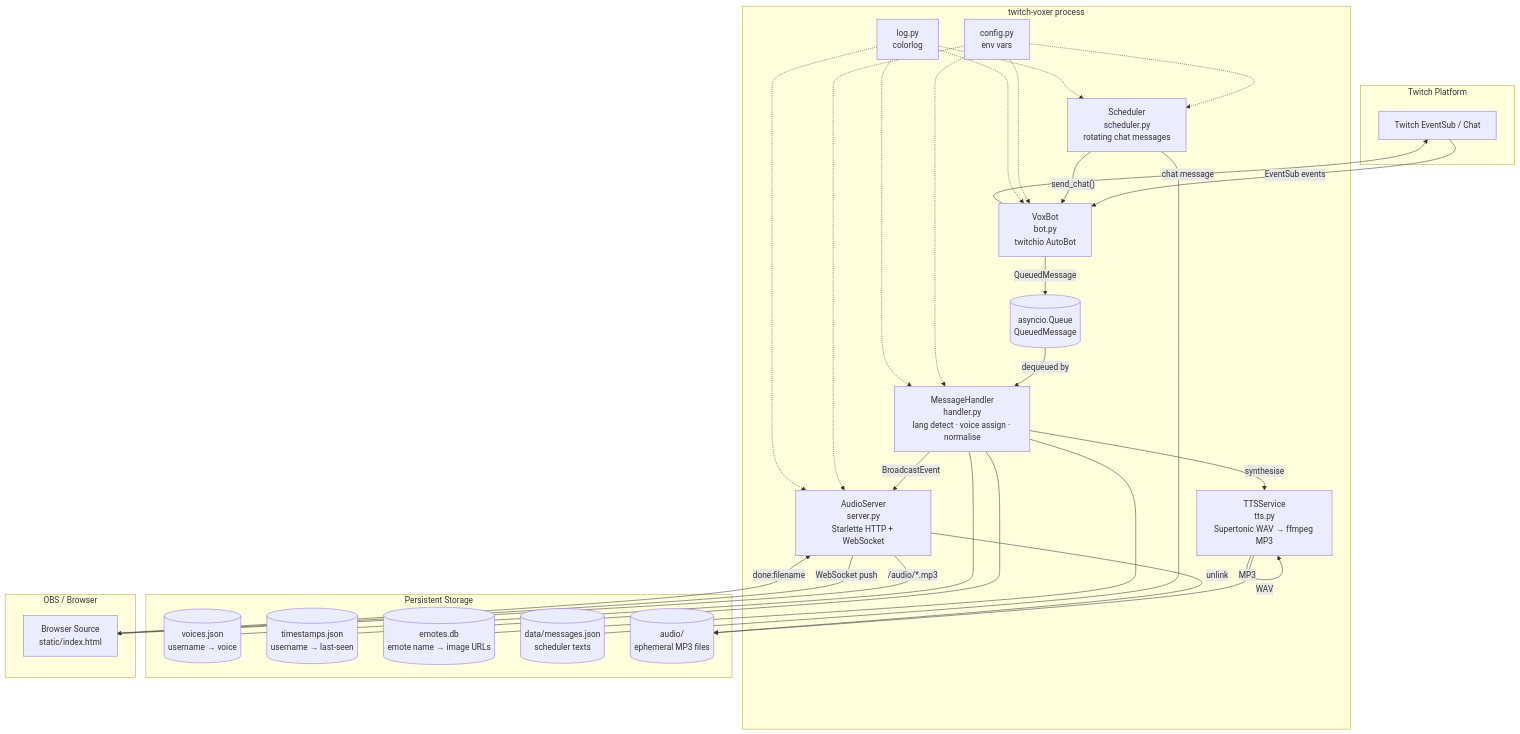
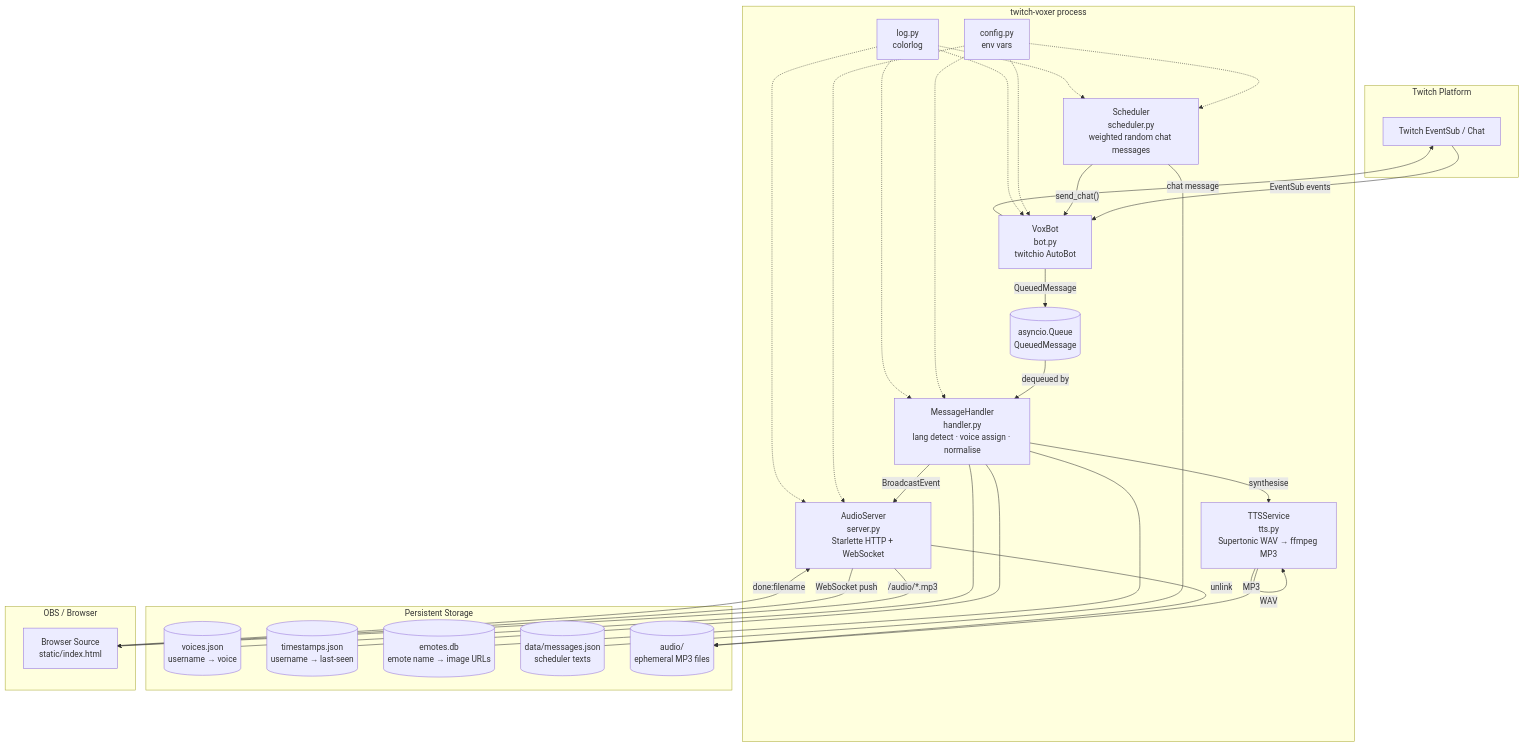
One commit to w0rxbend/twitch-voxer changed the first of 8 diagrams in ARCHITECTURE.md. Above: the diagram before and after it, drawn with Mermaid. The commit also changed other lines of this file and 6 other files, not shown here.

Commit message:
feat: Update message scheduling to use random weighted selection; enhance documentation and configuration

````diff
--- a/ARCHITECTURE.md
+++ b/ARCHITECTURE.md
@@ -12,55 +12,55 @@
 ```mermaid
 graph TD
     subgraph Twitch Platform
         TW[Twitch EventSub / Chat]
     end
 
     subgraph twitch-voxer process
         BOT[VoxBot<br/>bot.py<br/>twitchio AutoBot]
         MQ[(asyncio.Queue<br/>QueuedMessage)]
         MH[MessageHandler<br/>handler.py<br/>lang detect · voice assign · normalise]
         TTS[TTSService<br/>tts.py<br/>Supertonic WAV → ffmpeg MP3]
         SRV[AudioServer<br/>server.py<br/>Starlette HTTP + WebSocket]
-        SCH[Scheduler<br/>scheduler.py<br/>rotating chat messages]
+        SCH[Scheduler<br/>scheduler.py<br/>weighted random chat messages]
         CFG[config.py<br/>env vars]
         LOG[log.py<br/>colorlog]
     end
 
     subgraph Persistent Storage
         VDB[(voices.json<br/>username → voice)]
         TDB[(timestamps.json<br/>username → last-seen)]
         EDB[(emotes.db<br/>emote name → image URLs)]
         MSGS[(data/messages.json<br/>scheduler texts)]
         AUDIO[(audio/<br/>ephemeral MP3 files)]
     end
 
     subgraph OBS / Browser
         OBS[Browser Source<br/>static/index.html]
     end
 
     TW -- EventSub events --> BOT
     BOT -- QueuedMessage --> MQ
     MQ -- dequeued by --> MH
     MH -- synthesise --> TTS
     TTS -- WAV --> TTS
     TTS -- MP3 --> AUDIO
     MH -- BroadcastEvent --> SRV
     SRV -- /audio/*.mp3 --> OBS
     SRV -- WebSocket push --> OBS
     OBS -- done:filename --> SRV
     SRV -- unlink --> AUDIO
     SCH -- send_chat() --> BOT
     BOT -- chat message --> TW
     MH --- VDB
     MH --- TDB
     MH --- EDB
     SCH --- MSGS
     CFG -.-> BOT
     CFG -.-> MH
     CFG -.-> SRV
     CFG -.-> SCH
     LOG -.-> BOT
     LOG -.-> MH
     LOG -.-> SRV
     LOG -.-> SCH
 ```
````
